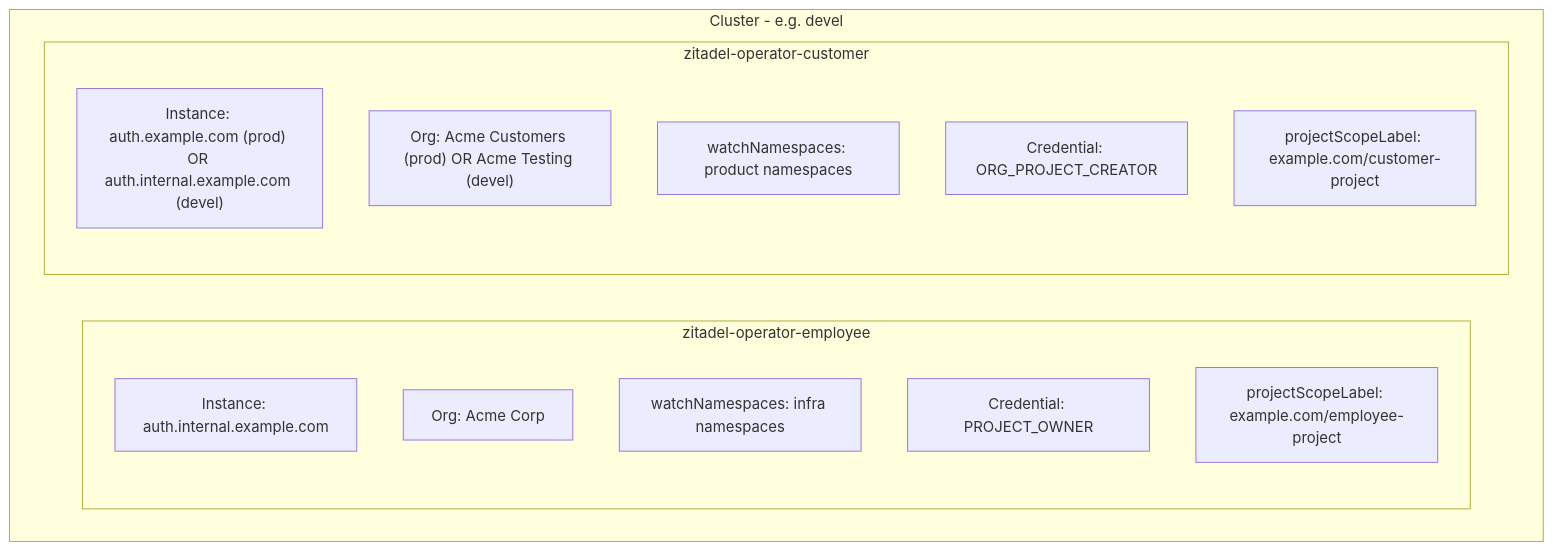
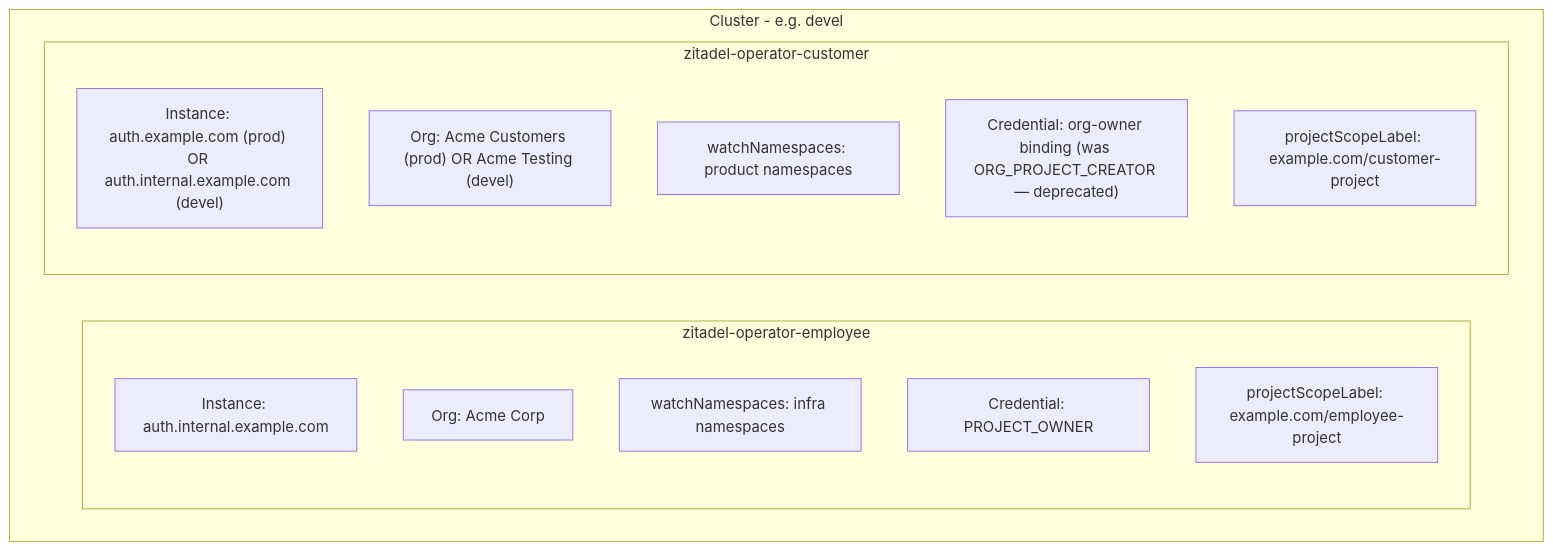
Before and after one commit to truvity/zitadel-operator: the diagram in docs/GUIDE-MULTI-INSTANCE.md, drawn with Mermaid. The commit also changed other lines of this file and 2 other files, not shown here.

````diff
--- a/docs/GUIDE-MULTI-INSTANCE.md
+++ b/docs/GUIDE-MULTI-INSTANCE.md
@@ -17,20 +25,20 @@
 ```mermaid
 graph TB
     subgraph cluster["Cluster - e.g. devel"]
         subgraph employee["zitadel-operator-employee"]
             E_INST["Instance: auth.internal.example.com"]
             E_ORG["Org: Acme Corp"]
             E_NS["watchNamespaces: infra namespaces"]
             E_CRED["Credential: PROJECT_OWNER"]
             E_LABEL["projectScopeLabel: example.com/employee-project"]
         end
 
         subgraph customer["zitadel-operator-customer"]
             C_INST["Instance: auth.example.com (prod) OR auth.internal.example.com (devel)"]
             C_ORG["Org: Acme Customers (prod) OR Acme Testing (devel)"]
             C_NS["watchNamespaces: product namespaces"]
-            C_CRED["Credential: ORG_PROJECT_CREATOR"]
+            C_CRED["Credential: org-owner binding (was ORG_PROJECT_CREATOR — deprecated)"]
             C_LABEL["projectScopeLabel: example.com/customer-project"]
         end
     end
 ```
````
